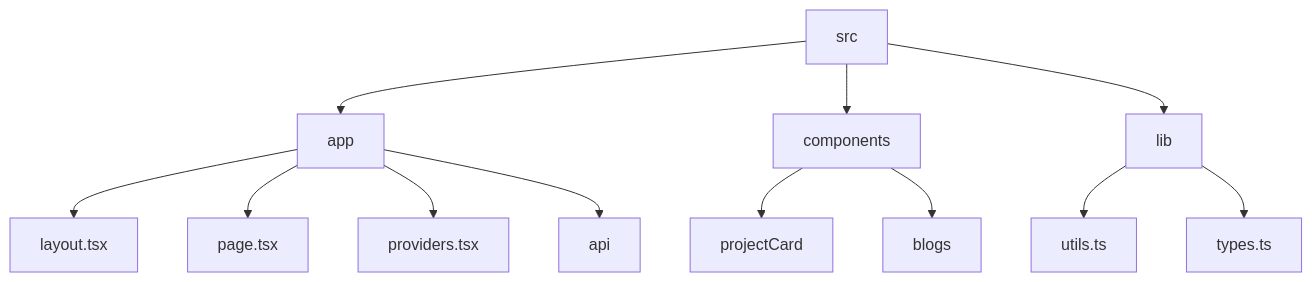
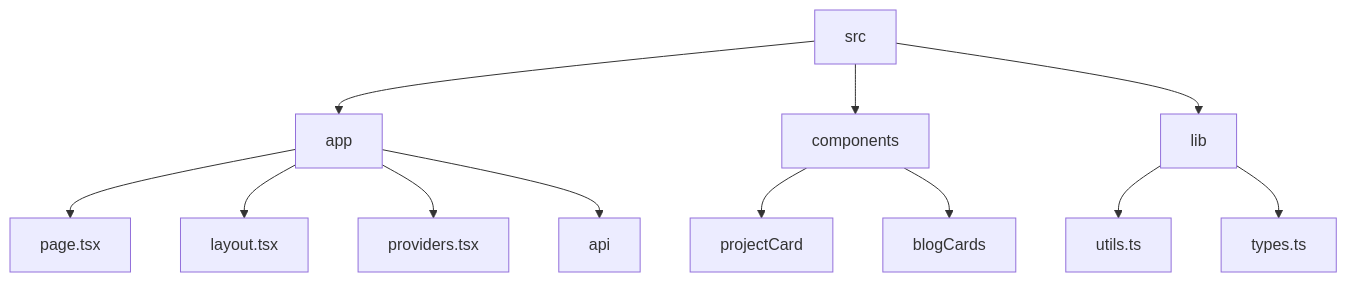
The diagram in README.md (abhraneeldhar7/portfolio), drawn with Mermaid before and after one commit. The commit also changed other lines of this file, not shown here.

````diff
--- a/README.md
+++ b/README.md
@@ -24,14 +30,14 @@
 ```mermaid
 graph TD;
   src-->app;
   src-->components;
   src-->lib;
+  app-->page.tsx;
   app-->layout.tsx;
-  app-->page.tsx;
   app-->providers.tsx;
   app-->api;
   components-->projectCard;
-  components-->blogs;
+  components-->blogCards;
   lib-->utils.ts;
   lib-->types.ts;
 ```
````
